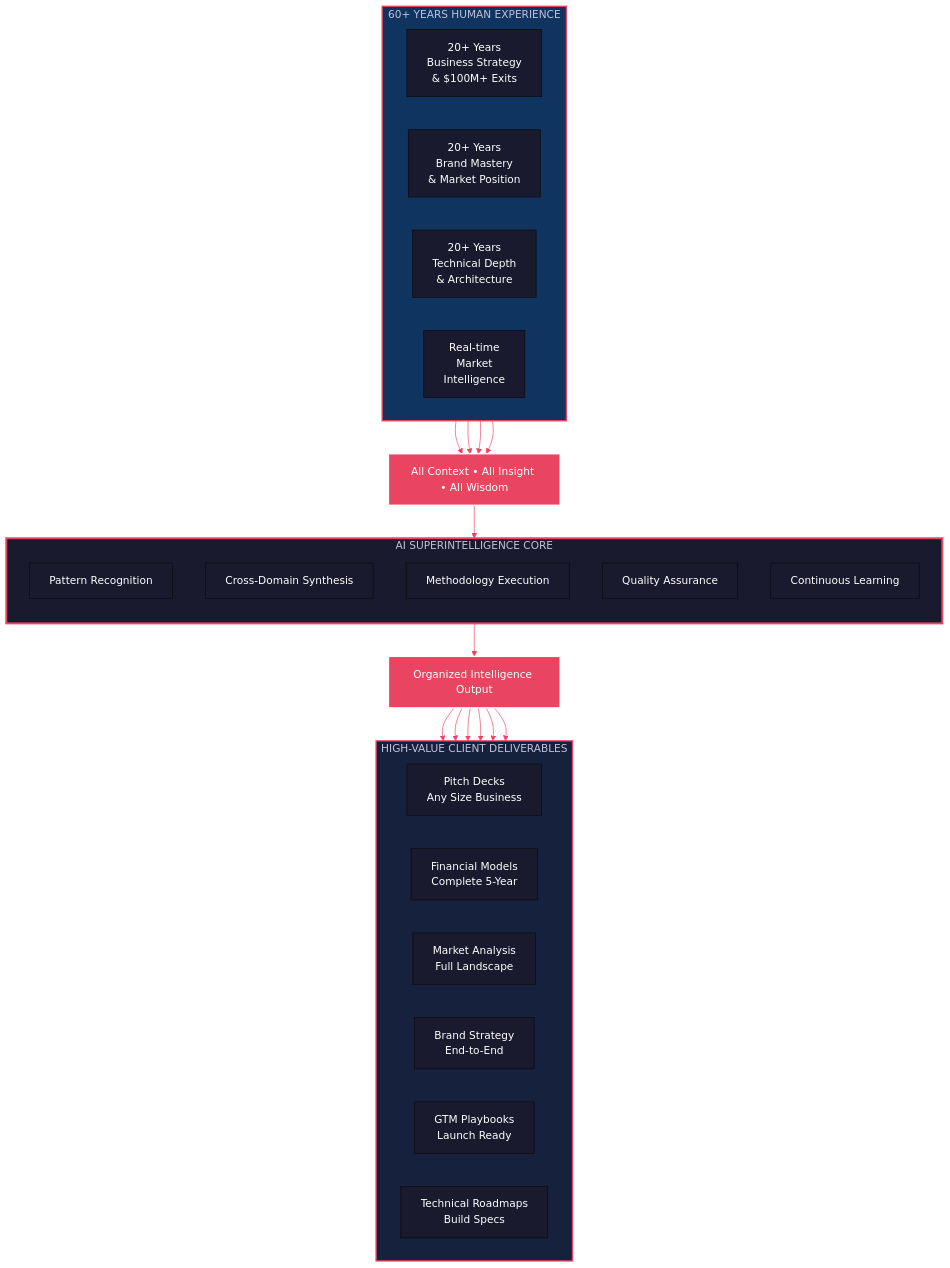
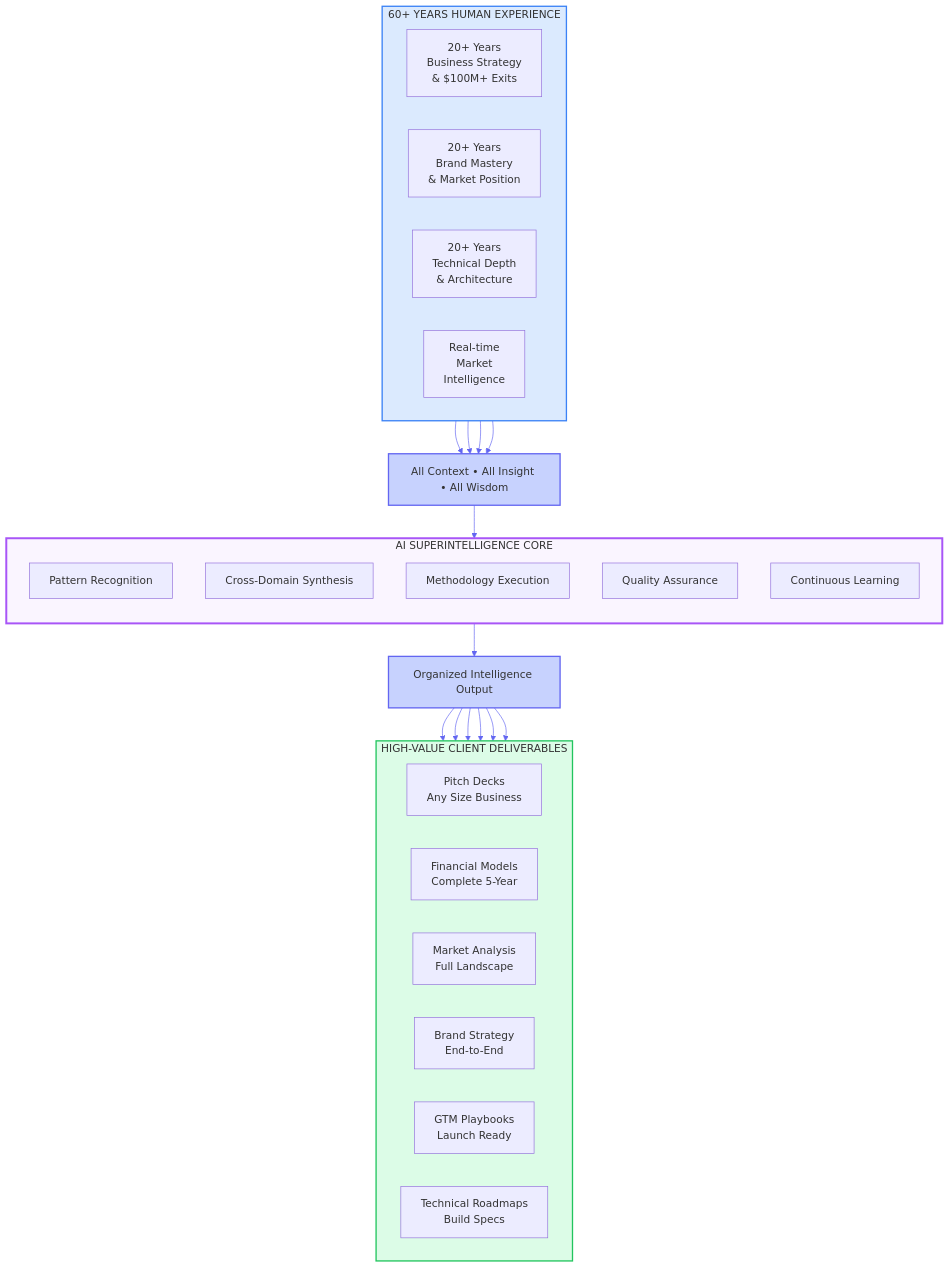
The third of 13 diagrams in docs/resources/ai-intelligence-ecosystem.md (Light-Brands/light-consulting), drawn with Mermaid before and after one commit. The commit also changed other lines of this file, not shown here.

First line of the commit message:
Soften mermaid diagram colors for better readability

````diff
--- a/docs/resources/ai-intelligence-ecosystem.md
+++ b/docs/resources/ai-intelligence-ecosystem.md
@@ -107,56 +107,56 @@
 ```mermaid
-%%{init: {'theme': 'base', 'themeVariables': { 'primaryColor': '#1a1a2e', 'primaryTextColor': '#fff', 'lineColor': '#e94560'}}}%%
+%%{init: {'theme': 'default', 'themeVariables': { 'primaryColor': '#e0f2fe', 'primaryTextColor': '#0c4a6e', 'lineColor': '#6366f1'}}}%%
 flowchart TB
     subgraph experience["60+ YEARS HUMAN EXPERIENCE"]
         direction LR
         exp1["20+ Years<br/>Business Strategy<br/>& $100M+ Exits"]
         exp2["20+ Years<br/>Brand Mastery<br/>& Market Position"]
         exp3["20+ Years<br/>Technical Depth<br/>& Architecture"]
         exp4["Real-time<br/>Market<br/>Intelligence"]
     end
 
     exp1 --> convergence
     exp2 --> convergence
     exp3 --> convergence
     exp4 --> convergence
 
     convergence["All Context • All Insight • All Wisdom"]
 
     convergence --> aicore
 
     subgraph aicore["AI SUPERINTELLIGENCE CORE"]
         direction TB
         p1["Pattern Recognition"]
         p2["Cross-Domain Synthesis"]
         p3["Methodology Execution"]
         p4["Quality Assurance"]
         p5["Continuous Learning"]
     end
 
     aicore --> output
 
     output["Organized Intelligence Output"]
 
     output --> d1
     output --> d2
     output --> d3
     output --> d4
     output --> d5
     output --> d6
 
     subgraph deliverables["HIGH-VALUE CLIENT DELIVERABLES"]
         direction LR
         d1["Pitch Decks<br/>Any Size Business"]
         d2["Financial Models<br/>Complete 5-Year"]
         d3["Market Analysis<br/>Full Landscape"]
         d4["Brand Strategy<br/>End-to-End"]
         d5["GTM Playbooks<br/>Launch Ready"]
         d6["Technical Roadmaps<br/>Build Specs"]
     end
 
-    style experience fill:#0f3460,stroke:#e94560,stroke-width:2px
-    style convergence fill:#e94560,stroke:#fff,stroke-width:2px,color:#fff
-    style aicore fill:#1a1a2e,stroke:#e94560,stroke-width:3px
-    style output fill:#e94560,stroke:#fff,stroke-width:2px,color:#fff
-    style deliverables fill:#16213e,stroke:#e94560,stroke-width:2px
+    style experience fill:#dbeafe,stroke:#3b82f6,stroke-width:2px
+    style convergence fill:#c7d2fe,stroke:#6366f1,stroke-width:2px
+    style aicore fill:#faf5ff,stroke:#a855f7,stroke-width:3px
+    style output fill:#c7d2fe,stroke:#6366f1,stroke-width:2px
+    style deliverables fill:#dcfce7,stroke:#22c55e,stroke-width:2px
 ```
````
